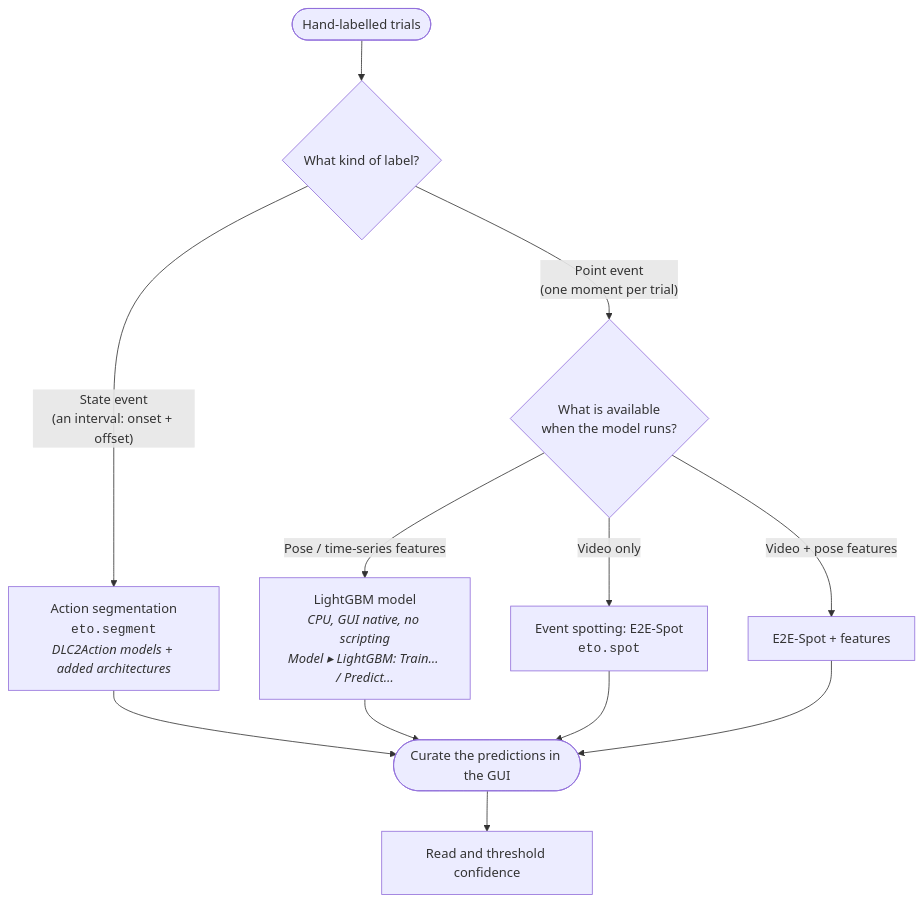
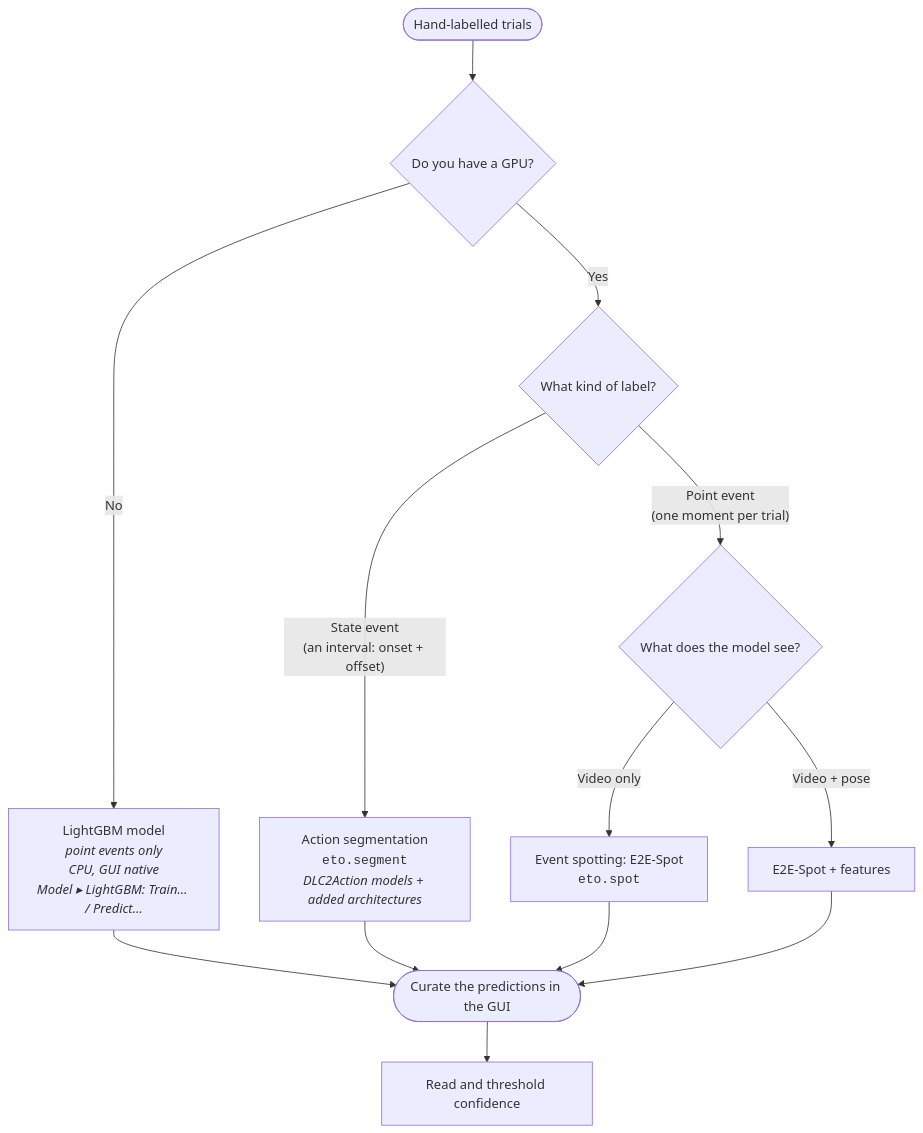
The diagram in docs/source/models/index.md (Akseli-Ilmanen/ethograph), drawn with Mermaid before and after one commit. The commit also changed other lines of this file and 16 other files, not shown here.

````diff
--- a/docs/source/models/index.md
+++ b/docs/source/models/index.md
@@ -8,24 +8,26 @@
 ```{mermaid}
 flowchart TD
-    start([Hand-labelled trials]) --> shape{What kind of label?}
+    start([Hand-labelled trials]) --> gpu{Do you have a GPU?}
+
+    gpu -->|No| lgbm[LightGBM model<br/><i>point events only</i><br/><i>CPU, GUI native</i><br/><i>Model ▸ LightGBM: Train… / Predict…</i>]
+    gpu -->|Yes| shape{What kind of label?}
 
     shape -->|"State event<br/>(an interval: onset + offset)"| segment[Action segmentation<br/><code>eto.segment</code><br/><i>DLC2Action models + added architectures</i>]
-    shape -->|"Point event<br/>(one moment per trial)"| inference{What is available<br/>when the model runs?}
+    shape -->|"Point event<br/>(one moment per trial)"| input{What does the model see?}
 
-    inference -->|"Pose / time-series features"| lgbm[LightGBM model<br/><i>CPU, GUI native, no scripting</i><br/><i>Model ▸ LightGBM: Train… / Predict…</i>]
-    inference -->|Video only| spot[Event spotting: E2E-Spot<br/><code>eto.spot</code>]
-    inference -->|Video + pose features| spotfeat[E2E-Spot + features]
+    input -->|Video only| spot[Event spotting: E2E-Spot<br/><code>eto.spot</code>]
+    input -->|Video + pose| spotfeat[E2E-Spot + features]
 
     segment --> curate
     lgbm --> curate
     spot --> curate
     spotfeat --> curate
     curate([Curate the predictions in the GUI]) --> conf[Read and threshold confidence]
 
     click segment "segment/index.html"
     click lgbm "onset_model.html"
     click spot "spot/index.html"
     click spotfeat "spot/multimodal.html"
     click curate "curation.html"
     click conf "confidence.html"
 ```
````
